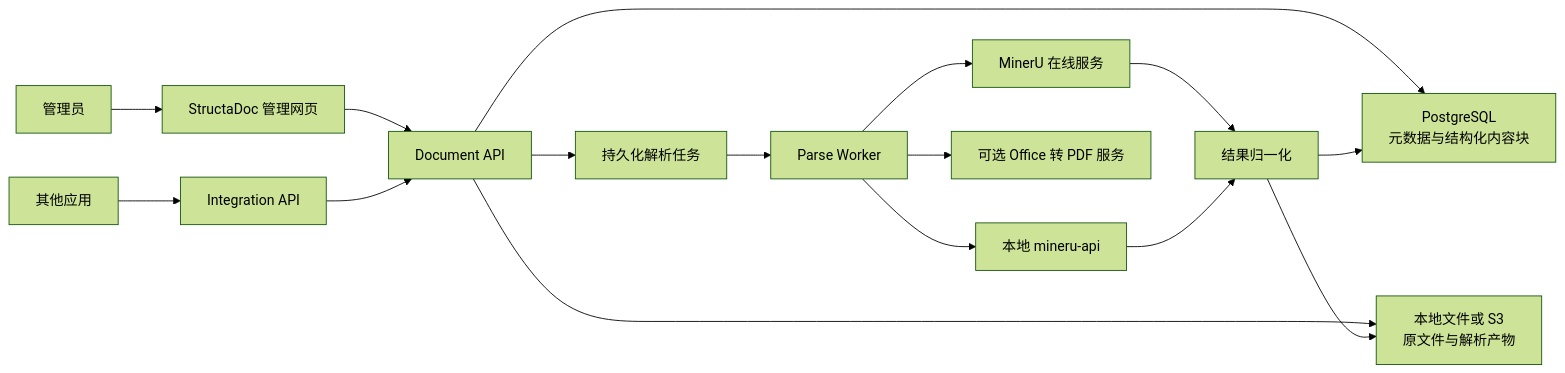
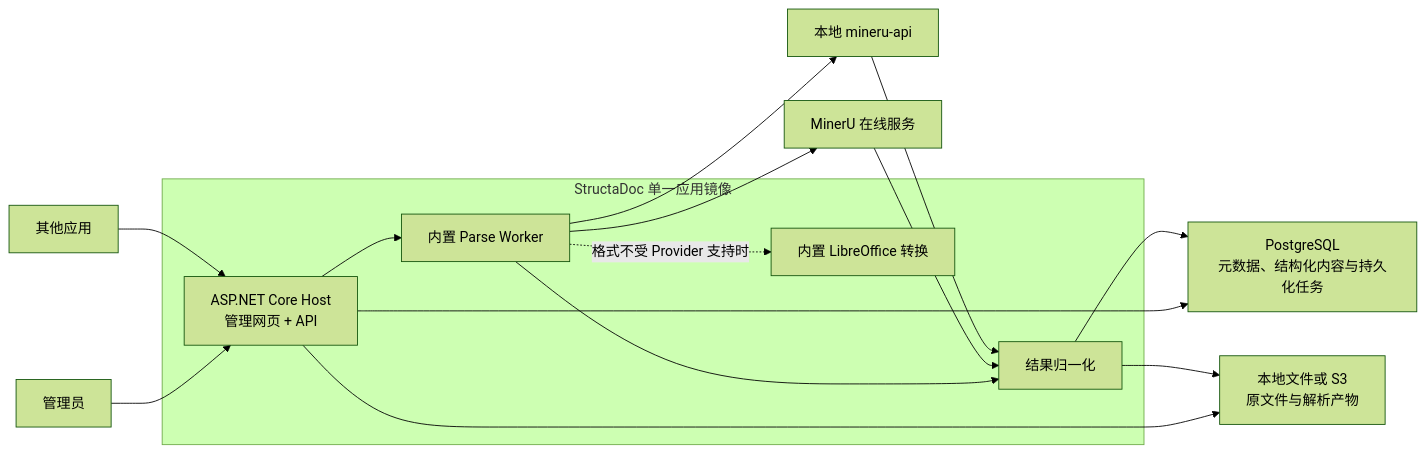
One commit to philfanzhou/StructaDoc changed the diagram in README.md. Above: the diagram before and after it, drawn with Mermaid (forest theme). The commit also changed other lines of this file and 6 other files, not shown here.

Commit message:
docs: define single-image .NET 10 architecture

````diff
--- a/README.md
+++ b/README.md
@@ -45,21 +45,25 @@
 ```mermaid
 flowchart LR
-    Admin["管理员"] --> Console["StructaDoc 管理网页"]
-    Console --> API["Document API"]
-    Client["其他应用"] --> IntegrationAPI["Integration API"]
-    IntegrationAPI --> API
+    Admin["管理员"] --> Host
+    Client["其他应用"] --> Host
 
-    API --> Database["PostgreSQL\n元数据与结构化内容块"]
-    API --> Storage["本地文件或 S3\n原文件与解析产物"]
-    API --> Queue["持久化解析任务"]
+    subgraph Image["StructaDoc 单一应用镜像"]
+        Host["ASP.NET Core Host\n管理网页 + API"]
+        Queue["内置 Parse Worker"]
+        Converter["内置 LibreOffice 转换"]
+        Normalizer["结果归一化"]
 
-    Queue --> Worker["Parse Worker"]
-    Worker --> Cloud["MinerU 在线服务"]
-    Worker --> Local["本地 mineru-api"]
-    Worker --> Converter["可选 Office 转 PDF 服务"]
+        Host --> Queue
+        Queue -. "格式不受 Provider 支持时" .-> Converter
+        Queue --> Normalizer
+    end
 
-    Cloud --> Normalizer["结果归一化"]
+    Host --> Database["PostgreSQL\n元数据、结构化内容与持久化任务"]
+    Host --> Storage["本地文件或 S3\n原文件与解析产物"]
+    Queue --> Cloud["MinerU 在线服务"]
+    Queue --> Local["本地 mineru-api"]
+    Cloud --> Normalizer
     Local --> Normalizer
     Normalizer --> Database
     Normalizer --> Storage
 ```
````
